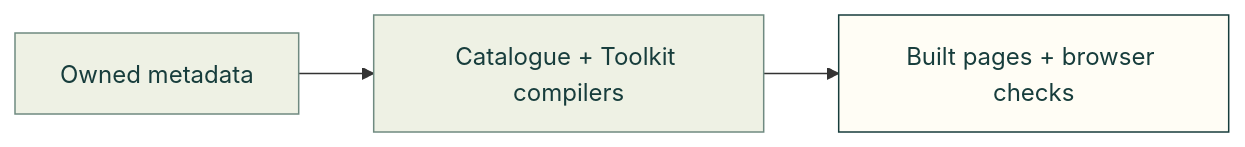
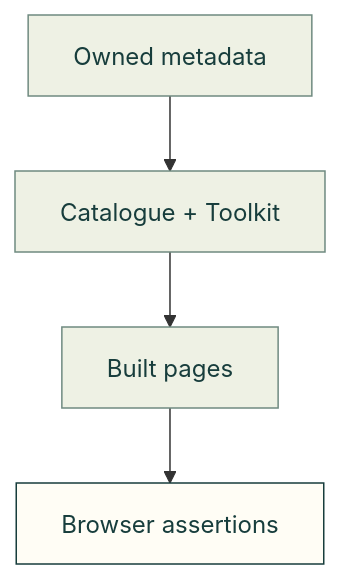
One commit to Valpatel/cad-agent changed the diagram in tests/site/toolkit/README.md. Above: the diagram before and after it, drawn with Mermaid. The commit also changed 27 other files, not shown here.

````diff
--- a/tests/site/toolkit/README.md
+++ b/tests/site/toolkit/README.md
@@ -5,9 +5,10 @@
 ```mermaid
-flowchart LR
-    M["Owned metadata"] --> C["Catalogue + Toolkit compilers"]
-    C --> B["Built pages + browser checks"]
+flowchart TD
+    M["Owned metadata"] --> C["Catalogue + Toolkit"]
+    C --> B["Built pages"]
+    B --> T["Browser assertions"]
     classDef here fill:#fffdf5,stroke:#173d3c,color:#173d3c
     classDef near fill:#eef1e4,stroke:#6f8a80,color:#173d3c
-    class B here
-    class M,C near
+    class T here
+    class M,C,B near
 ```
````
